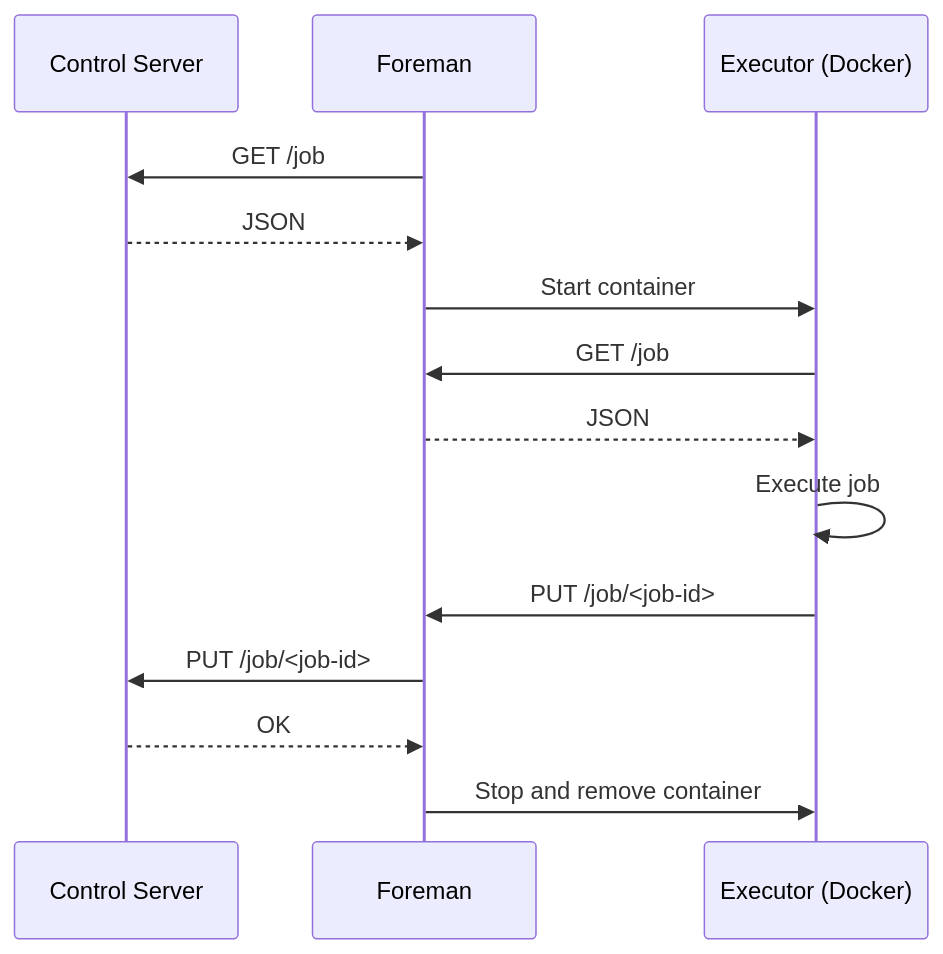
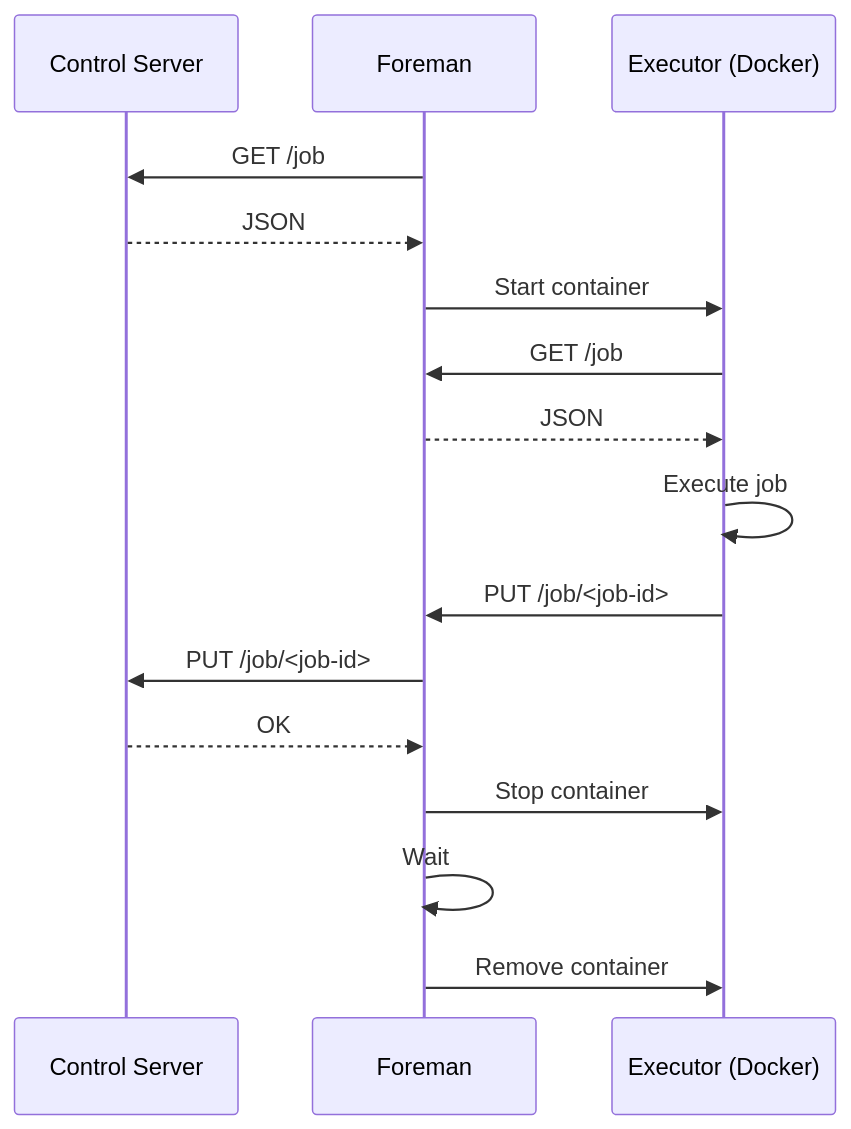
The diagram in README.md (willdady/foreman), drawn with Mermaid before and after one commit. The commit also changed other lines of this file, not shown here.

Commit message:
chore: update sequence diagram in README

````diff
--- a/README.md
+++ b/README.md
@@ -104,16 +102,18 @@
 ```mermaid
 sequenceDiagram
     participant CS as Control Server
     participant F as Foreman
     participant E as Executor (Docker)
     F->>CS: GET /job
     CS-->>F: JSON
     F->>E: Start container
     E->>F: GET /job
     F-->>E: JSON
     E->>E: Execute job
     E->>F: PUT /job/<job-id>
     F->>CS: PUT /job/<job-id>
     CS-->>F: OK
-    F->>E: Stop and remove container
+    F->>E: Stop container
+    F->>F: Wait
+    F->>E: Remove container
 ```
````
